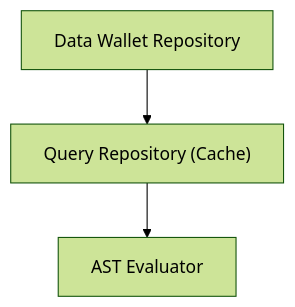
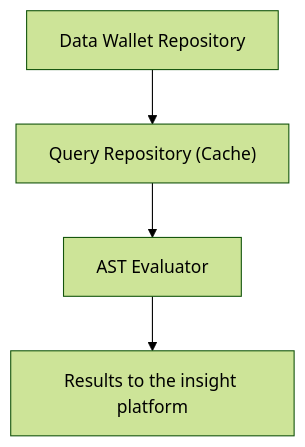
Before and after one commit to SnickerdoodleLabs/protocol: the first of 4 diagrams in documentation/sdql/Execution-Plan.md, drawn with Mermaid (forest theme). The commit also changed other lines of this file, not shown here.

````diff
--- a/documentation/sdql/Execution-Plan.md
+++ b/documentation/sdql/Execution-Plan.md
@@ -5,7 +5,7 @@
 ```mermaid
 
 graph TD;
     DW["Data Wallet Repository"]-->QR["Query Repository #40;Cache#41;"];
-    QR-->ASTE["AST Evaluator"];
+    QR-->ASTE["AST Evaluator"]-->Results["Results to the insight platform"];
     
 ```
````
